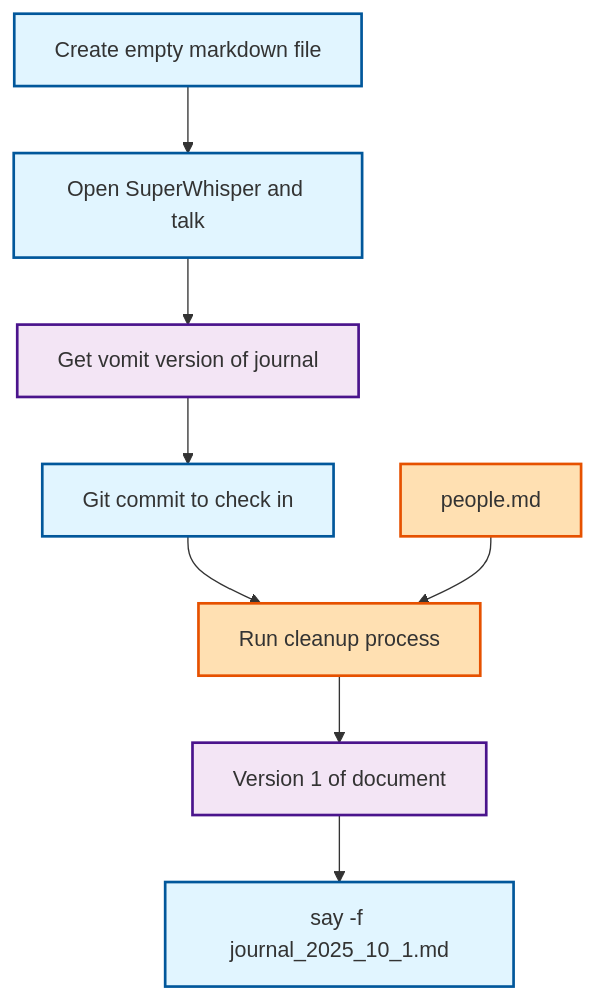
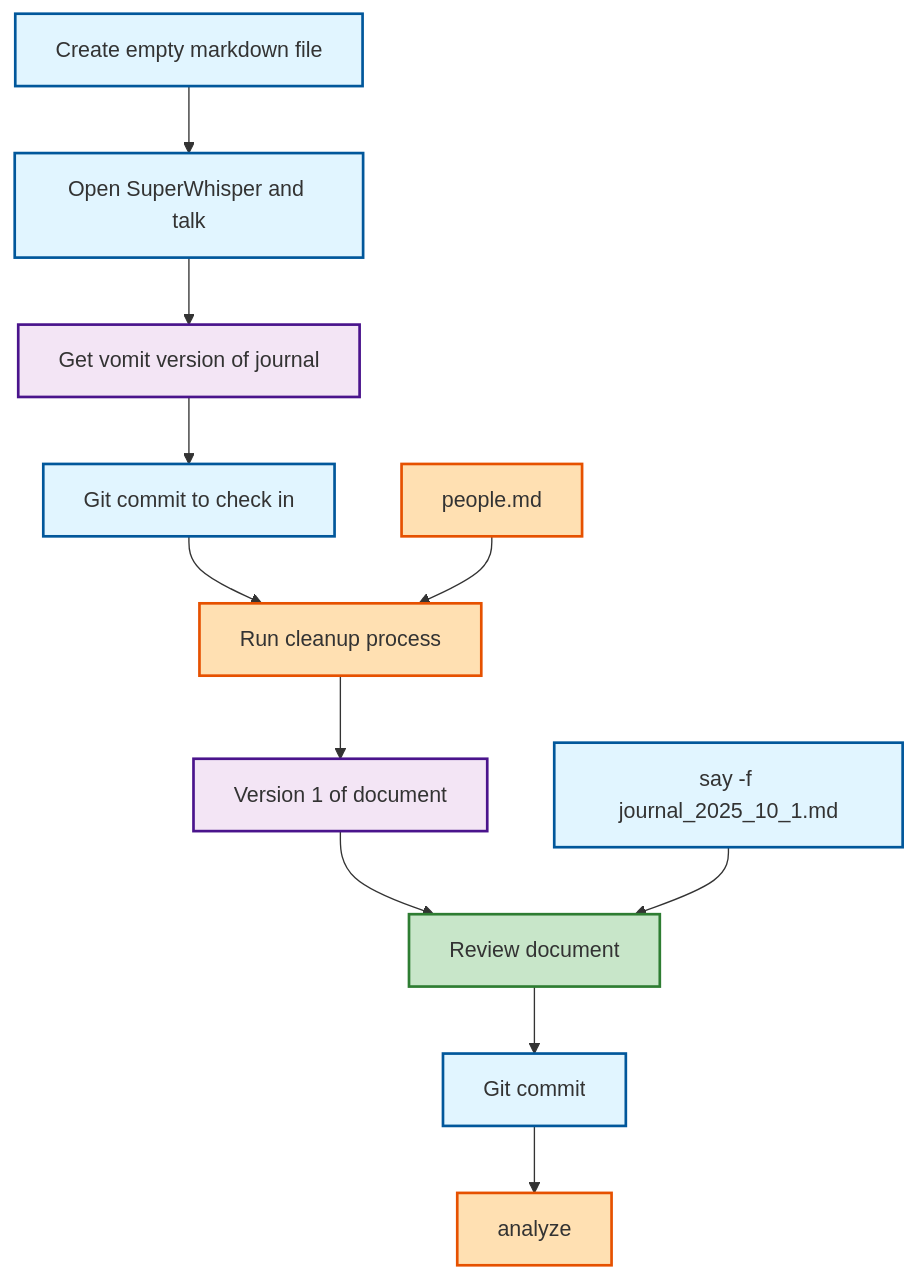
The second of 2 diagrams in Flowchart_Journaling/journaling_process.md (isidore/AIJournaling), drawn with Mermaid before and after one commit. The commit also changed other lines of this file, not shown here.

Commit message:
step 7 analysis

````diff
--- a/Flowchart_Journaling/journaling_process.md
+++ b/Flowchart_Journaling/journaling_process.md
@@ -16,23 +18,30 @@
 ```mermaid
 graph TD
     Start[Create empty markdown file]:::tools
     Whisper[Open SuperWhisper and talk]:::tools
     Vomit[Get vomit version of journal]:::output
     Commit[Git commit to check in]:::tools
     Cleanup[Run cleanup process]:::processing
     People[people.md]:::processing
     V1[Version 1 of document]:::output
     Say[say -f journal_2025_10_1.md]:::tools
+    Review[Review document]:::manual
+    Commit2[Git commit]:::tools
+    Analyze[analyze]:::processing
     
     Start --> Whisper
     Whisper --> Vomit
     Vomit --> Commit
     Commit --> Cleanup
     People --> Cleanup
     Cleanup --> V1
-    V1 --> Say
+    V1 --> Review
+    Say --> Review
+    Review --> Commit2
+    Commit2 --> Analyze
     
     classDef tools fill:#e1f5ff,stroke:#01579b,stroke-width:2px
     classDef output fill:#f3e5f5,stroke:#4a148c,stroke-width:2px
     classDef processing fill:#ffe0b2,stroke:#e65100,stroke-width:2px
+    classDef manual fill:#c8e6c9,stroke:#2e7d32,stroke-width:2px
 ```
````
